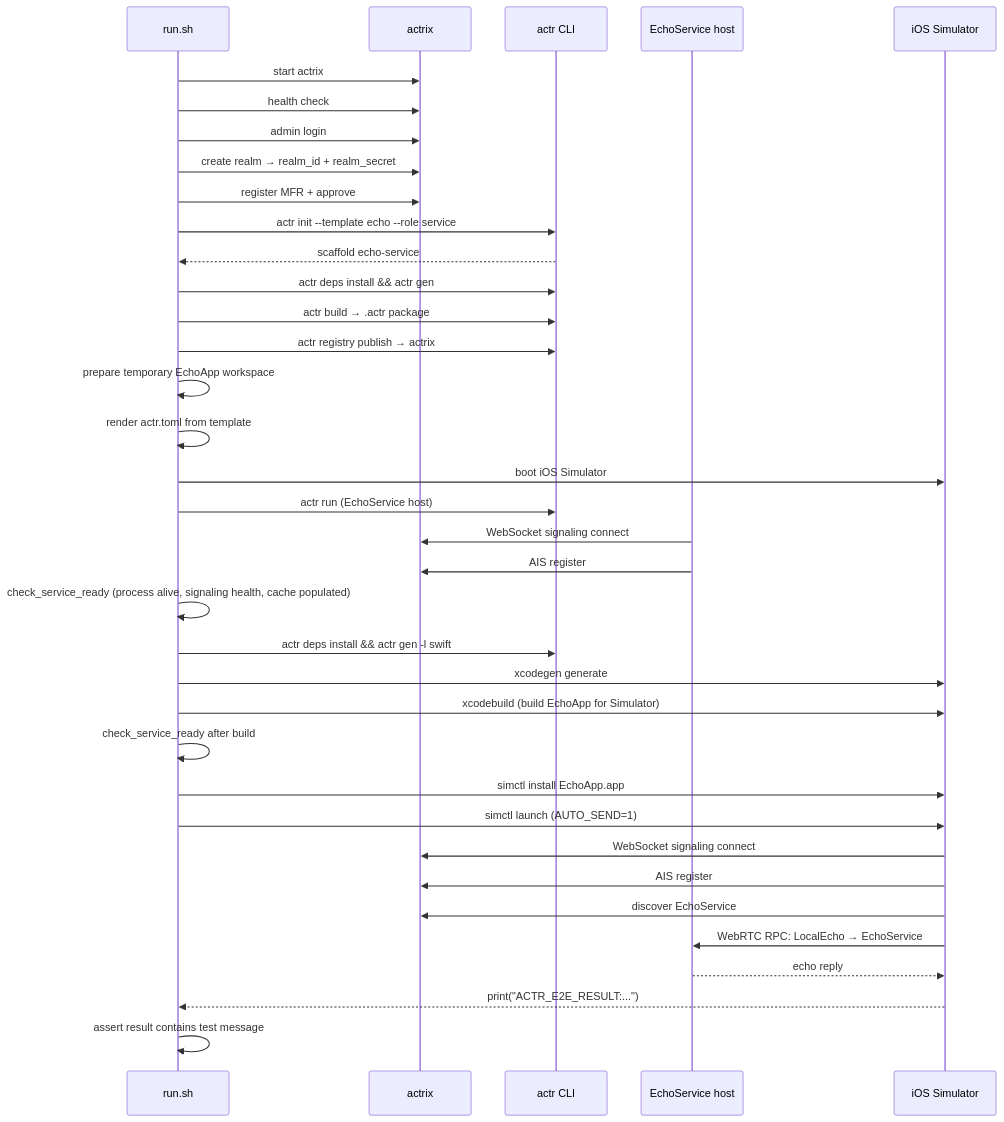
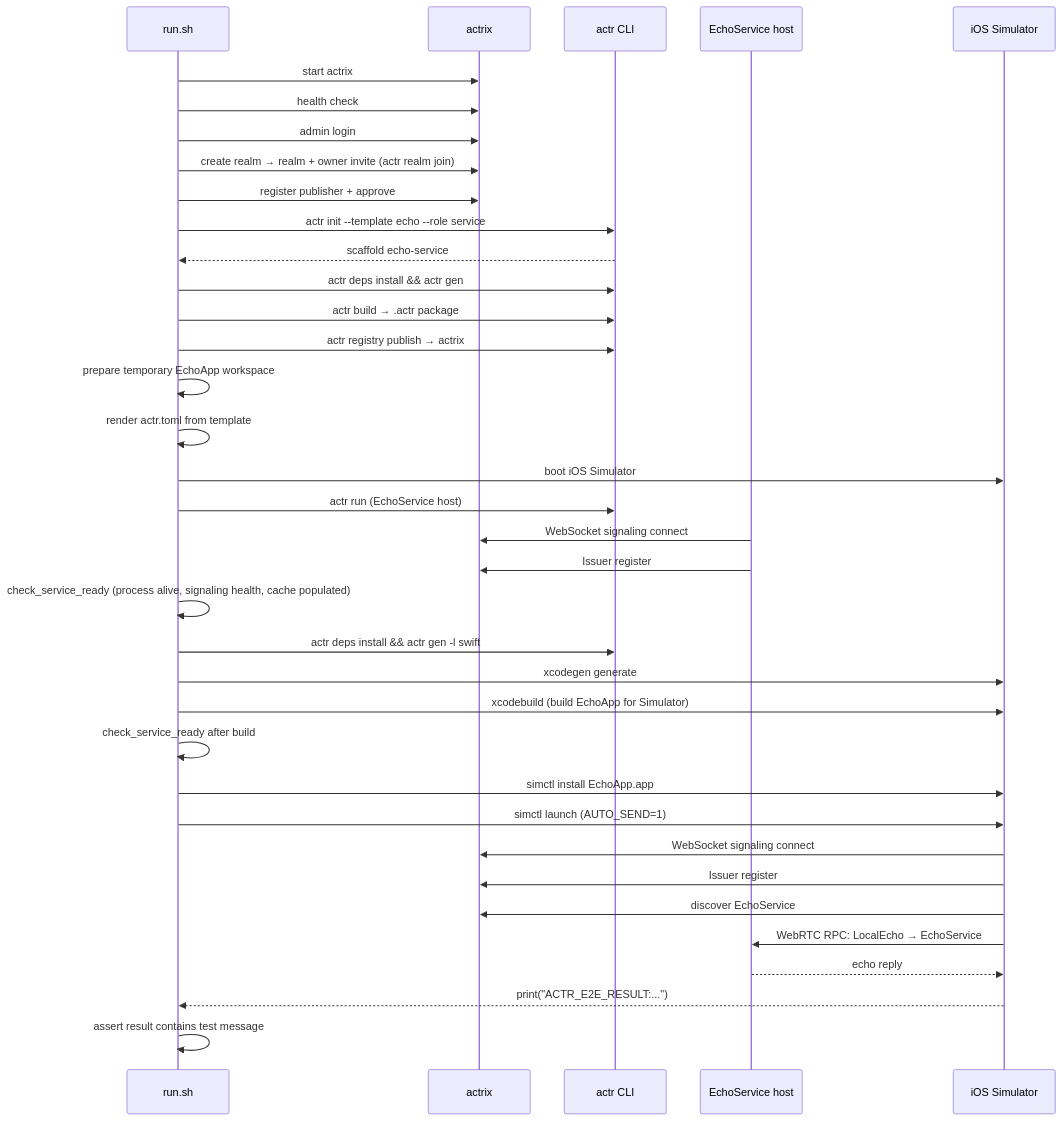
Before and after one commit to Actrium/actrium: the second of 2 diagrams in tests/e2e/actr/swift-echo-app/README.md, drawn with Mermaid. The commit also changed other lines of this file and 895 other files, not shown here.

````diff
--- a/tests/e2e/actr/swift-echo-app/README.md
+++ b/tests/e2e/actr/swift-echo-app/README.md
@@ -36,44 +36,44 @@
 ```mermaid
 sequenceDiagram
     participant CI as run.sh
     participant AX as actrix
     participant CLI as actr CLI
     participant ES as EchoService host
     participant SIM as iOS Simulator
 
     CI->>AX: start actrix
     CI->>AX: health check
     CI->>AX: admin login
-    CI->>AX: create realm → realm_id + realm_secret
-    CI->>AX: register MFR + approve
+    CI->>AX: create realm → realm + owner invite (actr realm join)
+    CI->>AX: register publisher + approve
 
     CI->>CLI: actr init --template echo --role service
     CLI-->>CI: scaffold echo-service
     CI->>CLI: actr deps install && actr gen
     CI->>CLI: actr build → .actr package
     CI->>CLI: actr registry publish → actrix
 
     CI->>CI: prepare temporary EchoApp workspace
     CI->>CI: render actr.toml from template
     CI->>SIM: boot iOS Simulator
 
     CI->>CLI: actr run (EchoService host)
     ES->>AX: WebSocket signaling connect
-    ES->>AX: AIS register
+    ES->>AX: Issuer register
     CI->>CI: check_service_ready (process alive, signaling health, cache populated)
     CI->>CLI: actr deps install && actr gen -l swift
     CI->>SIM: xcodegen generate
     CI->>SIM: xcodebuild (build EchoApp for Simulator)
     CI->>CI: check_service_ready after build
 
     CI->>SIM: simctl install EchoApp.app
     CI->>SIM: simctl launch (AUTO_SEND=1)
 
     SIM->>AX: WebSocket signaling connect
-    SIM->>AX: AIS register
+    SIM->>AX: Issuer register
     SIM->>AX: discover EchoService
     SIM->>ES: WebRTC RPC: LocalEcho → EchoService
     ES-->>SIM: echo reply
     SIM-->>CI: print("ACTR_E2E_RESULT:...")
     CI->>CI: assert result contains test message
 ```
````
